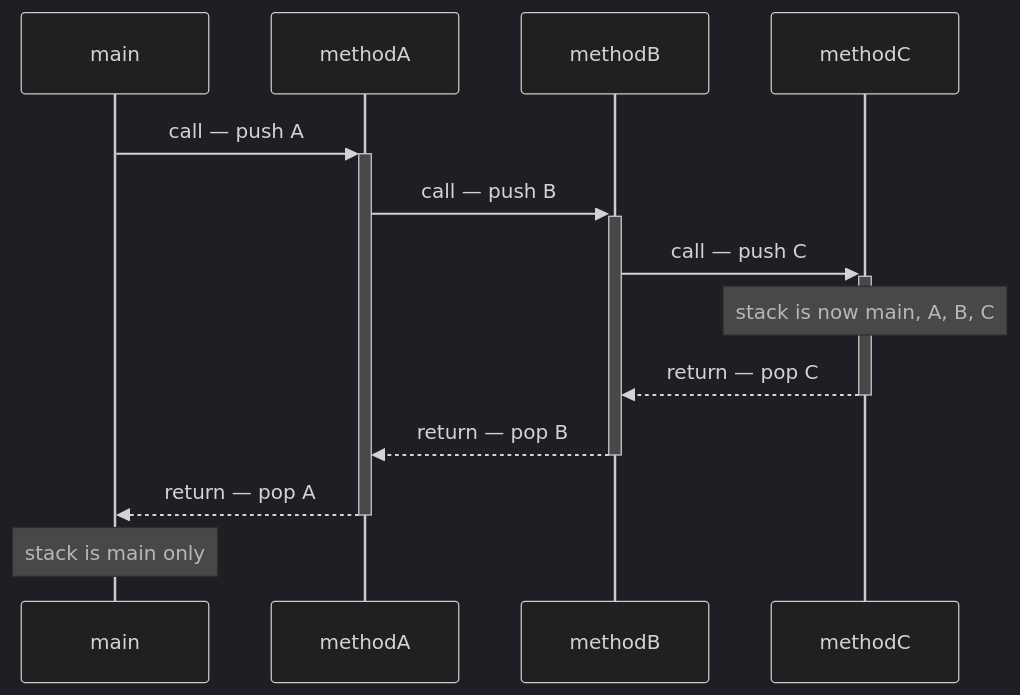
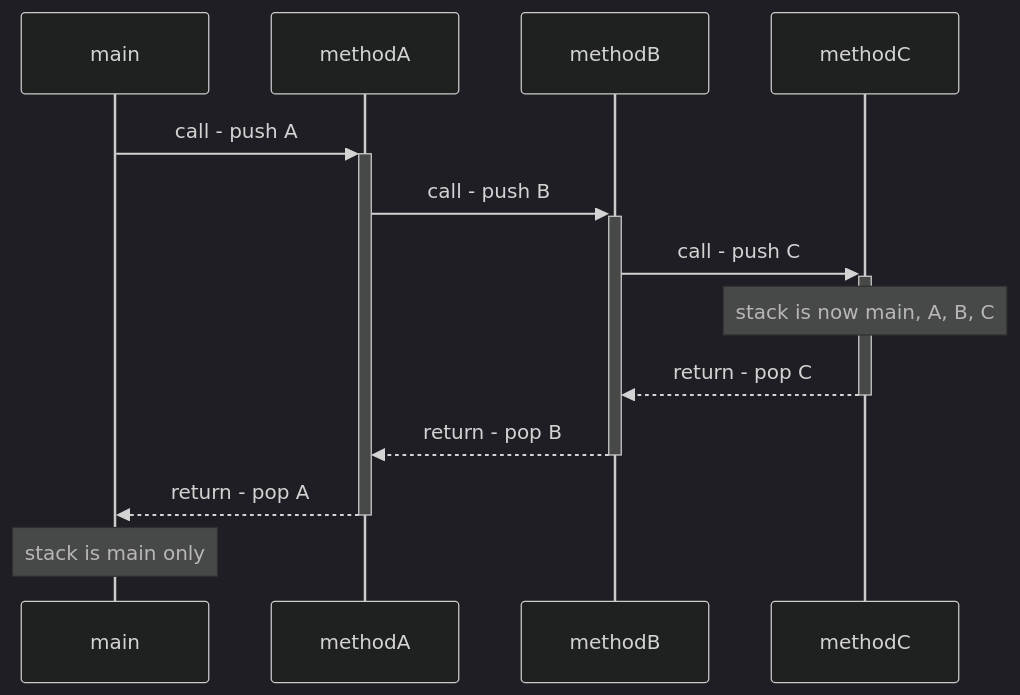
Before and after one commit to danielcregg/object-oriented-computing: the fourth of 4 diagrams in labs/src/ie/atu/methods/README.md, drawn with Mermaid (dark theme). The commit also changed other lines of this file and 33 other files, not shown here.

````diff
--- a/labs/src/ie/atu/methods/README.md
+++ b/labs/src/ie/atu/methods/README.md
@@ -573,15 +573,15 @@
 ```mermaid
 sequenceDiagram
     participant M as main
     participant A as methodA
     participant B as methodB
     participant C as methodC
-    M->>+A: call — push A
-    A->>+B: call — push B
-    B->>+C: call — push C
+    M->>+A: call - push A
+    A->>+B: call - push B
+    B->>+C: call - push C
     Note over C: stack is now main, A, B, C
-    C-->>-B: return — pop C
-    B-->>-A: return — pop B
-    A-->>-M: return — pop A
+    C-->>-B: return - pop C
+    B-->>-A: return - pop B
+    A-->>-M: return - pop A
     Note over M: stack is main only
 ```
````
